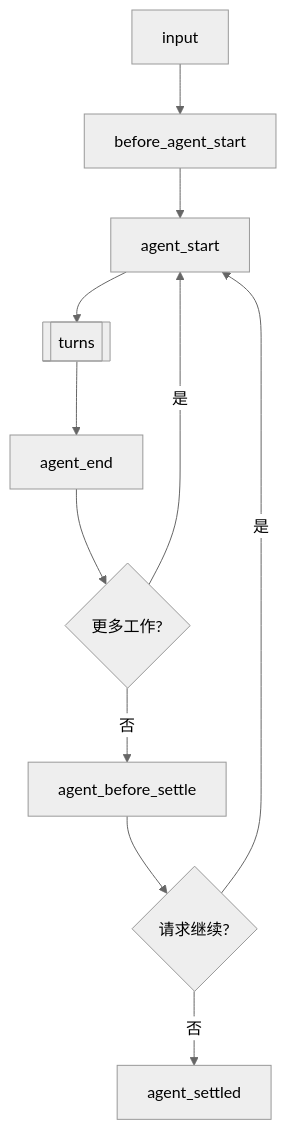
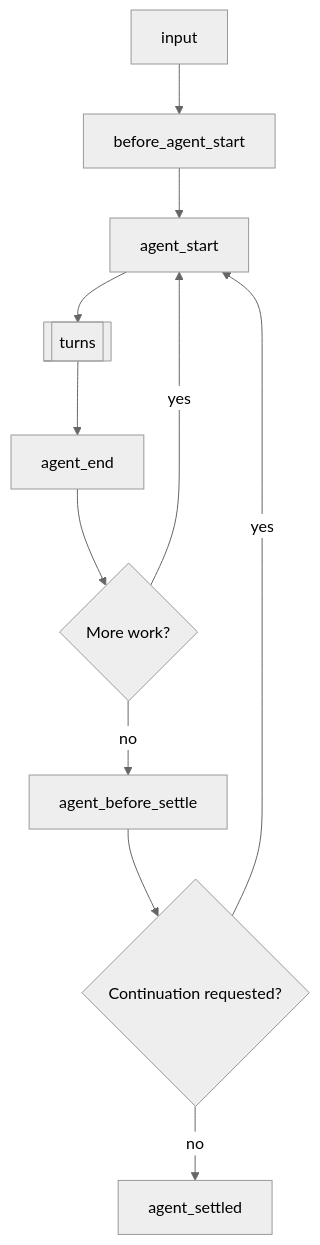
One commit to Lizhen0628/pi-dev-chinese changed the first of 3 diagrams in docs-md/extensions.md. Above: the diagram before and after it, drawn with Mermaid (neutral theme). The commit also changed other lines of this file and 10 other files, not shown here.

````diff
--- a/docs-md/extensions.md
+++ b/docs-md/extensions.md
@@ -310,13 +310,13 @@
 ```mermaid
 flowchart TD
     Input["input"] --> Before["before_agent_start"]
     Before --> AgentStart["agent_start"]
     AgentStart --> Turns[["turns"]]
     Turns --> AgentEnd["agent_end"]
-    AgentEnd --> MoreRuns{"更多工作?"}
-    MoreRuns -->|是| AgentStart
-    MoreRuns -->|否| BeforeSettle["agent_before_settle"]
-    BeforeSettle --> Continue{"请求继续?"}
-    Continue -->|是| AgentStart
-    Continue -->|否| Settled["agent_settled"]
+    AgentEnd --> MoreRuns{"More work?"}
+    MoreRuns -->|yes| AgentStart
+    MoreRuns -->|no| BeforeSettle["agent_before_settle"]
+    BeforeSettle --> Continue{"Continuation requested?"}
+    Continue -->|yes| AgentStart
+    Continue -->|no| Settled["agent_settled"]
 ```
````
